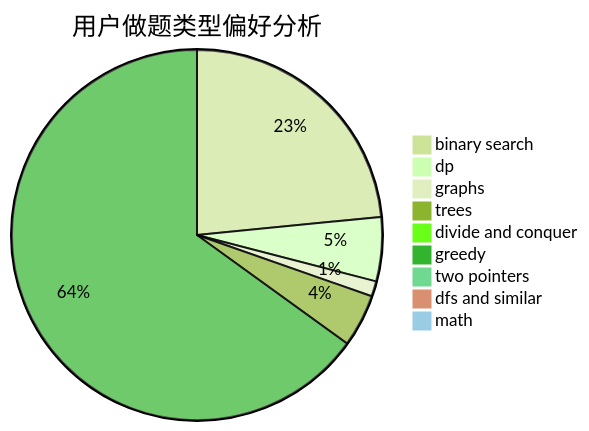
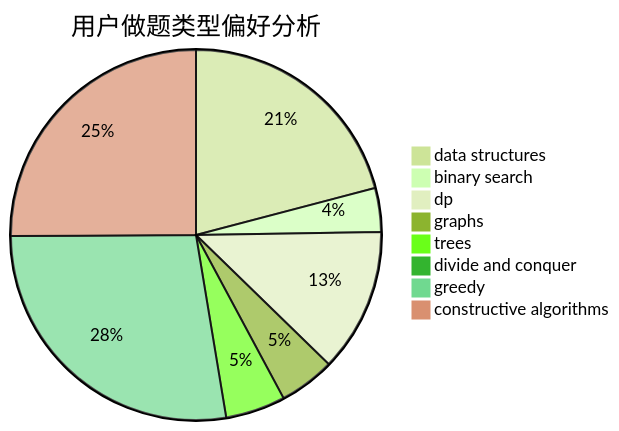
The second of 3 diagrams in docs/user/u2057.md (sherpahu/cfrs.github.io), drawn with Mermaid (forest theme) before and after one commit. The commit also changed other lines of this file and 2775 other files, not shown here.

````diff
--- a/docs/user/u2057.md
+++ b/docs/user/u2057.md
@@ -23,12 +23,11 @@
 ```mermaid
 pie title 用户做题类型偏好分析
-    "binary search" :  474
-    "dp" :  113
-    "graphs" :  27
-    "trees" :  93
+    "data structures" :  60
+    "binary search" :  11
+    "dp" :  36
+    "graphs" :  14
+    "trees" :  15
     "divide and conquer" :  0
-    "greedy" :  1315
-    "two pointers" :  15
-    "dfs and similar" :  15
-    "math" :  15
+    "greedy" :  79
+    "constructive algorithms" :  72
 ```
````
